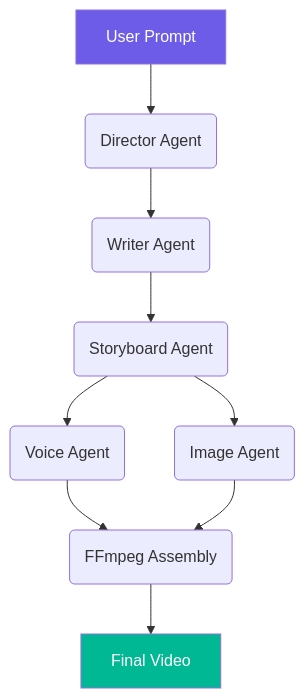
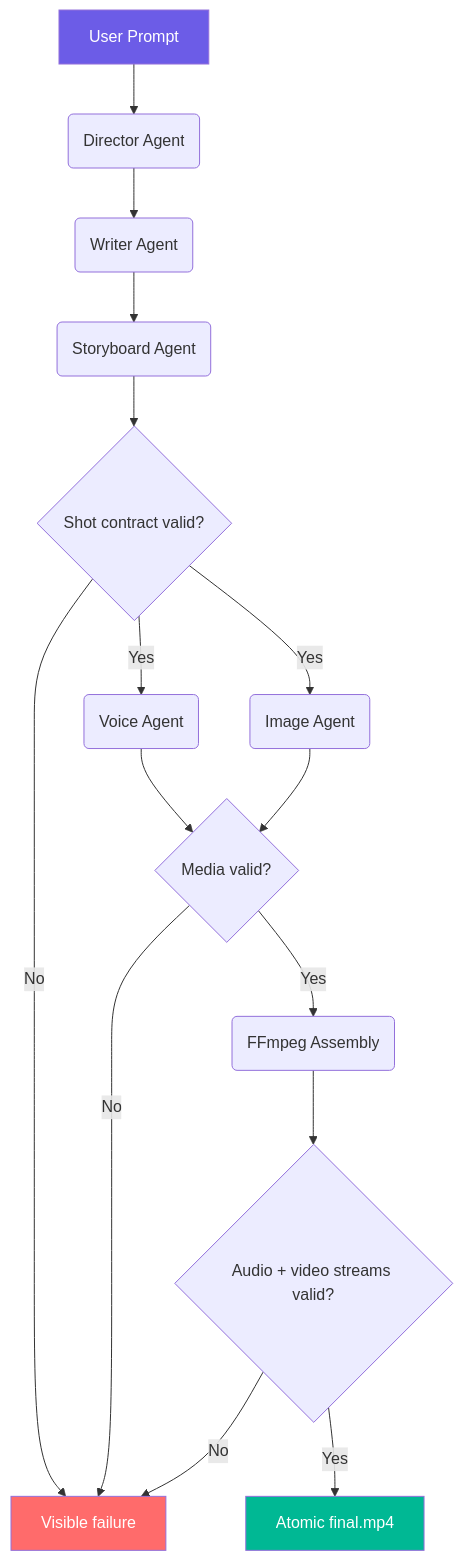
Before and after one commit to junlive0121/autoforge-ai: the diagram in README.md, drawn with Mermaid. The commit also changed other lines of this file and 30 other files, not shown here.

````diff
--- a/README.md
+++ b/README.md
@@ -12,14 +31,21 @@
 ```mermaid
 graph TD
     A[User Prompt] --> B(Director Agent)
     B --> C(Writer Agent)
     C --> D(Storyboard Agent)
-    D --> E(Voice Agent)
-    D --> F(Image Agent)
-    E --> G(FFmpeg Assembly)
-    F --> G
-    G --> H[Final Video]
+    D --> V{Shot contract valid?}
+    V -->|No| X[Visible failure]
+    V -->|Yes| E(Voice Agent)
+    V -->|Yes| F(Image Agent)
+    E --> M{Media valid?}
+    F --> M
+    M -->|No| X
+    M -->|Yes| G(FFmpeg Assembly)
+    G --> Q{Audio + video streams valid?}
+    Q -->|No| X
+    Q -->|Yes| H[Atomic final.mp4]
 
     style A fill:#6c5ce7,color:#fff
     style H fill:#00b894,color:#fff
+    style X fill:#ff6b6b,color:#fff
 ```
````
